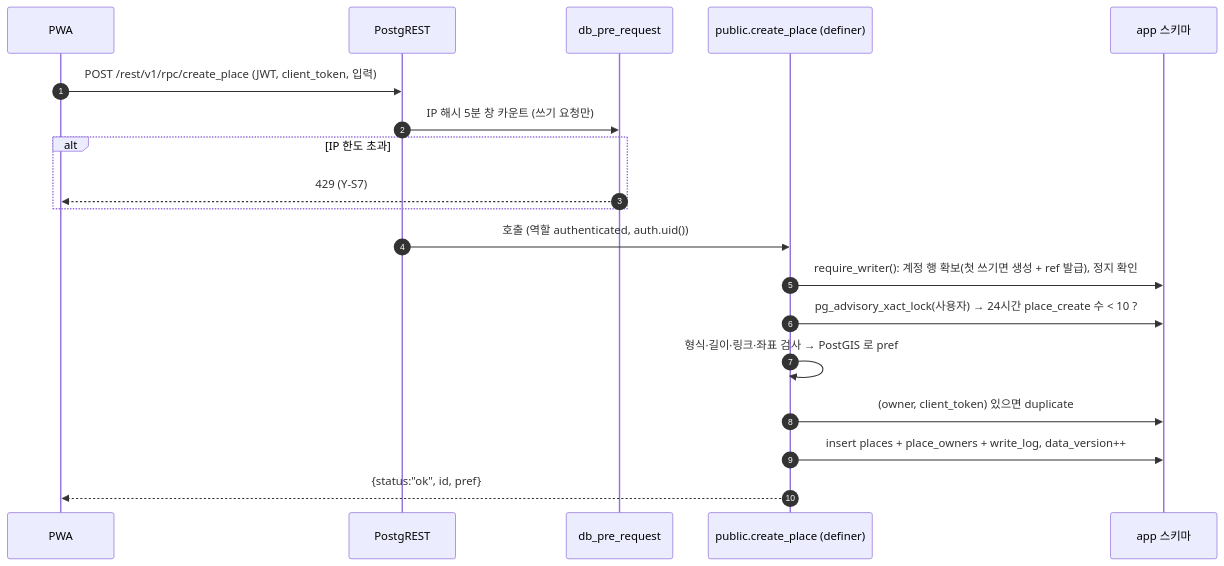
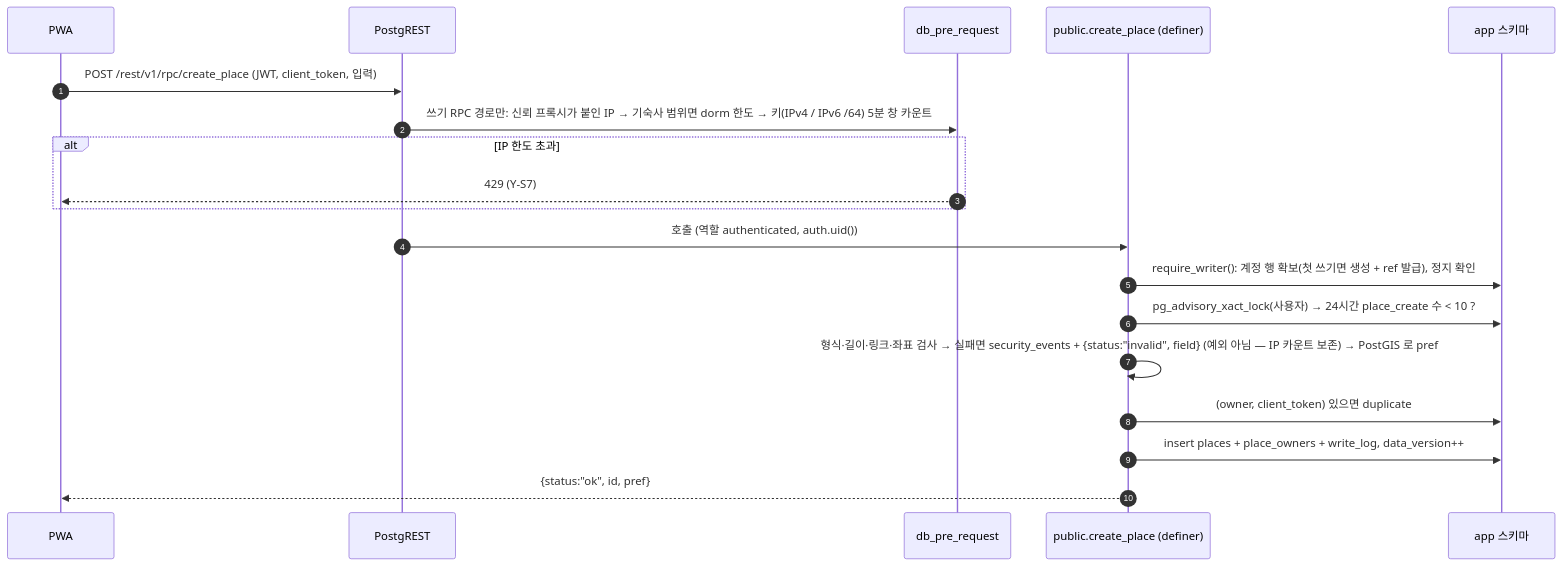
Before and after one commit to underthesun7213/yui-board: the seventh of 9 diagrams in docs/architecture/rfc/0003-yunabi-v2.md, drawn with Mermaid. The commit also changed other lines of this file and 10 other files, not shown here.

````diff
--- a/docs/architecture/rfc/0003-yunabi-v2.md
+++ b/docs/architecture/rfc/0003-yunabi-v2.md
@@ -514,21 +521,21 @@
 ```mermaid
 sequenceDiagram
   autonumber
   participant C as PWA
   participant PR as PostgREST
   participant PRE as db_pre_request
   participant F as public.create_place (definer)
   participant DB as app 스키마
   C->>PR: POST /rest/v1/rpc/create_place (JWT, client_token, 입력)
-  PR->>PRE: IP 해시 5분 창 카운트 (쓰기 요청만)
+  PR->>PRE: 쓰기 RPC 경로만: 신뢰 프록시가 붙인 IP → 기숙사 범위면 dorm 한도 → 키(IPv4 / IPv6 /64) 5분 창 카운트
   alt IP 한도 초과
     PRE-->>C: 429 (Y-S7)
   end
   PR->>F: 호출 (역할 authenticated, auth.uid())
   F->>DB: require_writer(): 계정 행 확보(첫 쓰기면 생성 + ref 발급), 정지 확인
   F->>DB: pg_advisory_xact_lock(사용자) → 24시간 place_create 수 < 10 ?
-  F->>F: 형식·길이·링크·좌표 검사 → PostGIS 로 pref
+  F->>F: 형식·길이·링크·좌표 검사 → 실패면 security_events + {status:"invalid", field} (예외 아님 — IP 카운트 보존) → PostGIS 로 pref
   F->>DB: (owner, client_token) 있으면 duplicate
   F->>DB: insert places + place_owners + write_log, data_version++
   F-->>C: {status:"ok", id, pref}
 ```
````
